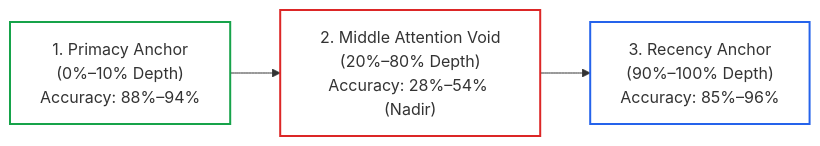
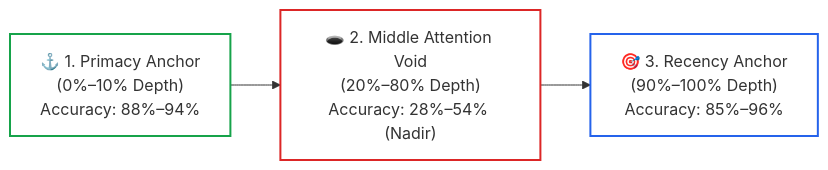
The first of 2 diagrams in 01-prompt-and-context-engineering/05-mecw-and-context-rot.md (dip4k/senior-engineer-to-ai-engineer-roadmap), drawn with Mermaid before and after one commit. The commit also changed other lines of this file and 39 other files, not shown here.

First line of the commit message:
feat(curriculum): upgrade mermaid diagrams with unicode icons & codify anti-bloat layout rules

````diff
--- a/01-prompt-and-context-engineering/05-mecw-and-context-rot.md
+++ b/01-prompt-and-context-engineering/05-mecw-and-context-rot.md
@@ -65,9 +65,9 @@
 ```mermaid
 flowchart LR
-    Primacy["1. Primacy Anchor<br>(0%–10% Depth)<br>Accuracy: 88%–94%"] --> Void["2. Middle Attention Void<br>(20%–80% Depth)<br>Accuracy: 28%–54% (Nadir)"]
-    Void --> Recency["3. Recency Anchor<br>(90%–100% Depth)<br>Accuracy: 85%–96%"]
+    Primacy["⚓ 1. Primacy Anchor<br>(0%–10% Depth)<br>Accuracy: 88%–94%"] --> Void["🕳️ 2. Middle Attention Void<br>(20%–80% Depth)<br>Accuracy: 28%–54% (Nadir)"]
+    Void --> Recency["🎯 3. Recency Anchor<br>(90%–100% Depth)<br>Accuracy: 85%–96%"]
 
     style Primacy fill:none,stroke:#16a34a,stroke-width:2px
     style Void fill:none,stroke:#dc2626,stroke-width:2px
     style Recency fill:none,stroke:#2563eb,stroke-width:2px
 ```
````
